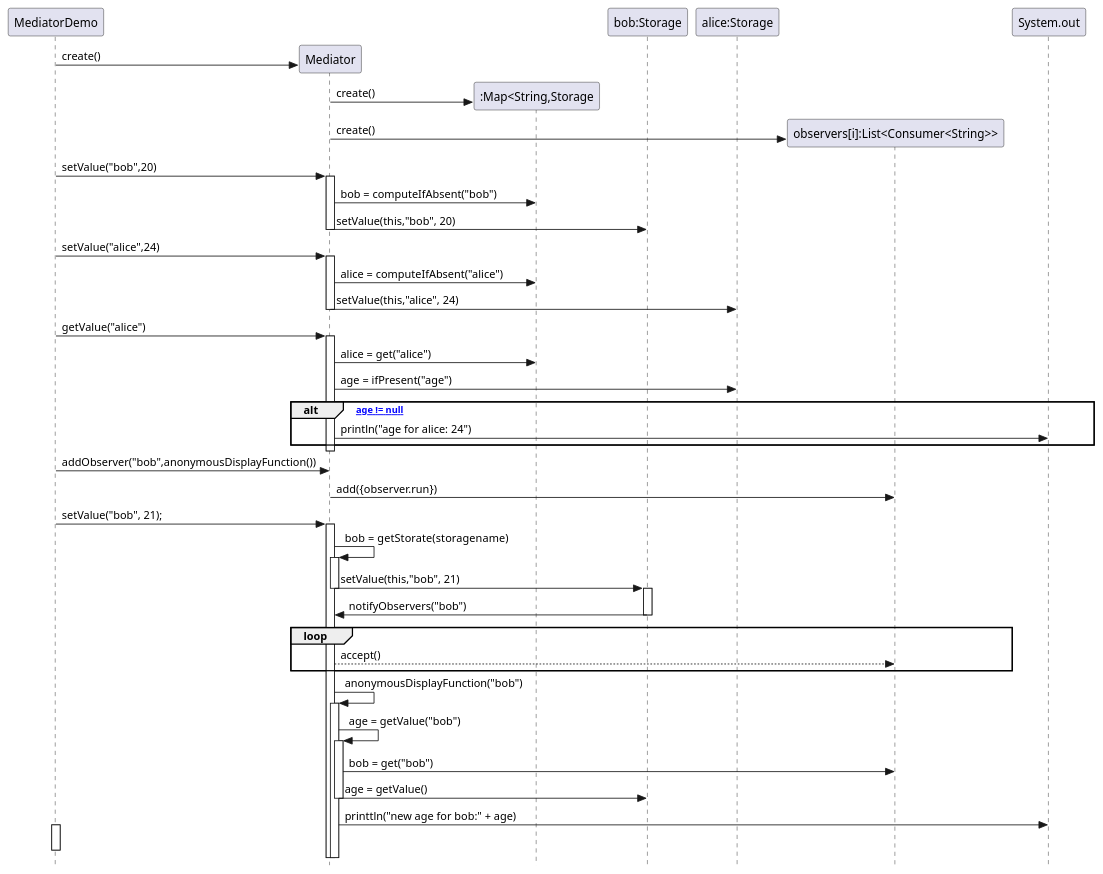
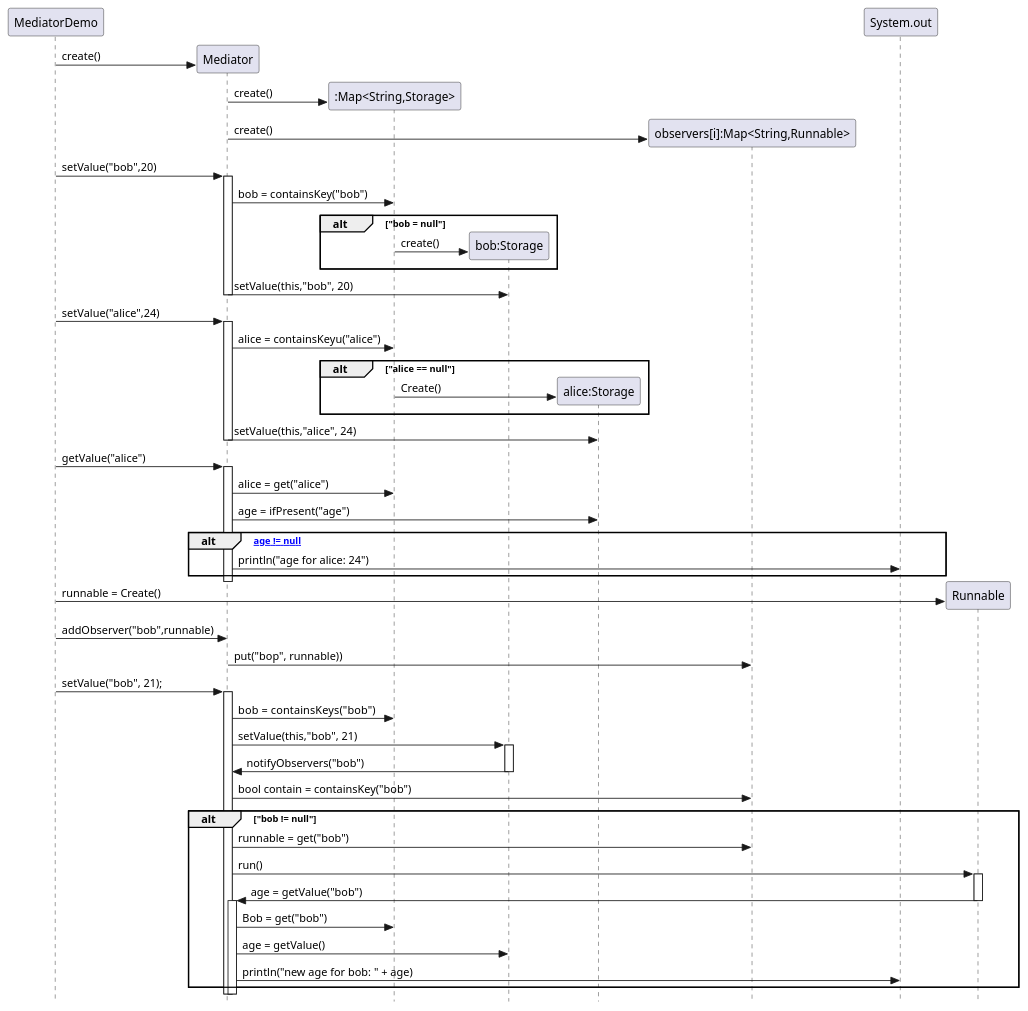
Before and after one commit to yvanross/LOG121-GOF-exemples: the second of 2 diagrams in src/main/java/Mediateur/Storage/README.md, drawn with PlantUML. The commit also changed 1 other file, not shown here.

Commit message:
update runnable

````diff
--- a/src/main/java/Mediateur/Storage/README.md
+++ b/src/main/java/Mediateur/Storage/README.md
@@ -15,70 +15,68 @@
 ```plantuml
 @startuml
 skinparam style strictuml
 participant MediatorDemo 
 participant Mediator
-participant ":Map<String,Storage" as MSS
+participant ":Map<String,Storage>" as MSS
 participant "bob:Storage" as Bob
 participant "alice:Storage" as Alice
-participant "observers[i]:List<Consumer<String>>" as LC
+participant "observers[i]:Map<String,Runnable>" as Observers
 
 MediatorDemo -> Mediator**: create()
 Mediator -> MSS**: create()
-Mediator -> LC**: create()
+Mediator -> Observers**: create()
 MediatorDemo -> Mediator: setValue("bob",20)
 activate Mediator
-Mediator -> MSS: bob = computeIfAbsent("bob")
+Mediator -> MSS: bob = containsKey("bob")
+alt "bob = null"
+  MSS -> Bob**: create()
+end
 Mediator -> Bob: setValue(this,"bob", 20)
 deactivate Mediator
 
 MediatorDemo -> Mediator: setValue("alice",24)
 activate Mediator
-Mediator -> MSS: alice = computeIfAbsent("alice")
+Mediator -> MSS: alice = containsKeyu("alice")
+alt "alice == null"
+  MSS -> Alice**: Create()
+end
 Mediator -> Alice: setValue(this,"alice", 24)
 deactivate Mediator
 
 MediatorDemo-> Mediator: getValue("alice")
 activate Mediator
 Mediator -> MSS: alice = get("alice")
 Mediator -> Alice: age = ifPresent("age")
 alt ["age != null"]
 Mediator -> System.out: println("age for alice: 24")
 end
 deactivate Mediator
 
-MediatorDemo -> Mediator: addObserver("bob",anonymousDisplayFunction()) 
-Mediator -> LC: add({observer.run})
+MediatorDemo -> Runnable**: runnable = Create()
+MediatorDemo -> Mediator: addObserver("bob",runnable) 
+Mediator -> Observers: put("bop", runnable))
 
 MediatorDemo->Mediator: setValue("bob", 21);
 activate Mediator
 
-Mediator -> Mediator: bob =  getStorate(storagename)
-activate Mediator
+Mediator -> MSS: bob =  containsKeys("bob")
 Mediator -> Bob: setValue(this,"bob", 21)
-
-deactivate Mediator
 activate Bob
-
 Bob -> Mediator: notifyObservers("bob")
 deactivate Bob
-loop 
-Mediator --> LC: accept()
-
+Mediator -> Observers: bool contain = containsKey("bob")
+alt "bob != null"
+Mediator -> Observers: runnable = get("bob")
+Mediator -> Runnable: run()
+activate Runnable
+Mediator <- Runnable: age = getValue("bob")
+deactivate Runnable
+activate Mediator
+Mediator -> MSS: Bob = get("bob")
+Mediator -> Bob: age = getValue()
+Mediator -> System.out: println("new age for bob: " + age)
 end
-activate Mediator
-Mediator -> Mediator: anonymousDisplayFunction("bob")
-activate Mediator
-Mediator -> Mediator: age = getValue("bob")
-activate Mediator
-Mediator -> LC: bob = get("bob")
-Mediator -> Bob: age = getValue()
-deactivate Mediator
-Mediator -> System.out: printtln("new age for bob:" + age)
-activate MediatorDemo
-
-deactivate MediatorDemo
-
 
 
 @enduml
 ```
````
